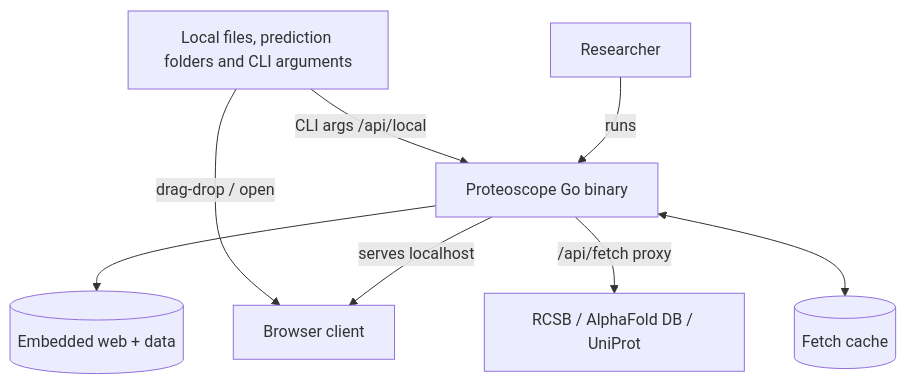
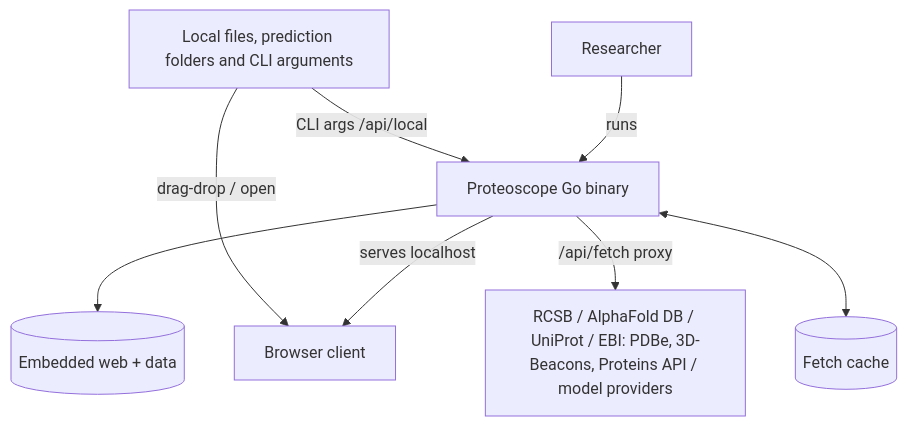
One commit to robert-mcdermott/proteoscope changed the first of 3 diagrams in proteoscope-spec/design.md. Above: the diagram before and after it, drawn with Mermaid. The commit also changed other lines of this file and 107 other files, not shown here.

````diff
--- a/proteoscope-spec/design.md
+++ b/proteoscope-spec/design.md
@@ -41,18 +41,18 @@
 ```mermaid
 graph TB
     User[Researcher]
     Binary[Proteoscope Go binary]
     Browser[Browser client]
     Embed[(Embedded web + data)]
     Cache[(Fetch cache)]
-    Remote[RCSB / AlphaFold DB / UniProt]
+    Remote[RCSB / AlphaFold DB / UniProt / EBI: PDBe, 3D-Beacons, Proteins API / model providers]
     Local[Local files, prediction folders and CLI arguments]
 
     User -->|runs| Binary
     Binary -->|serves localhost| Browser
     Binary --> Embed
     Binary -->|/api/fetch proxy| Remote
     Binary <--> Cache
     Local -->|drag-drop / open| Browser
     Local -->|CLI args /api/local| Binary
 ```
````
